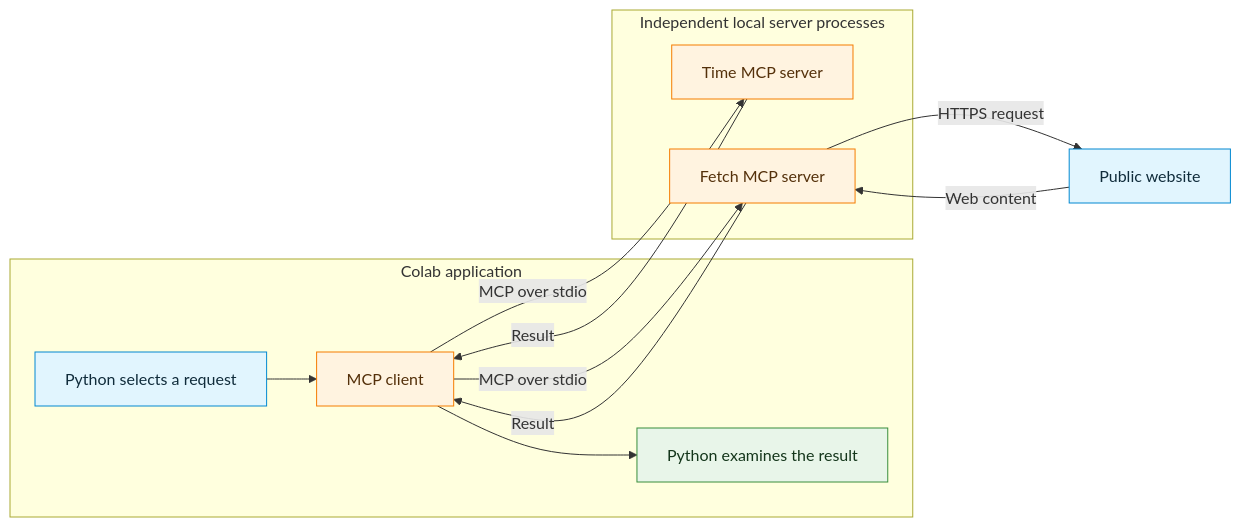
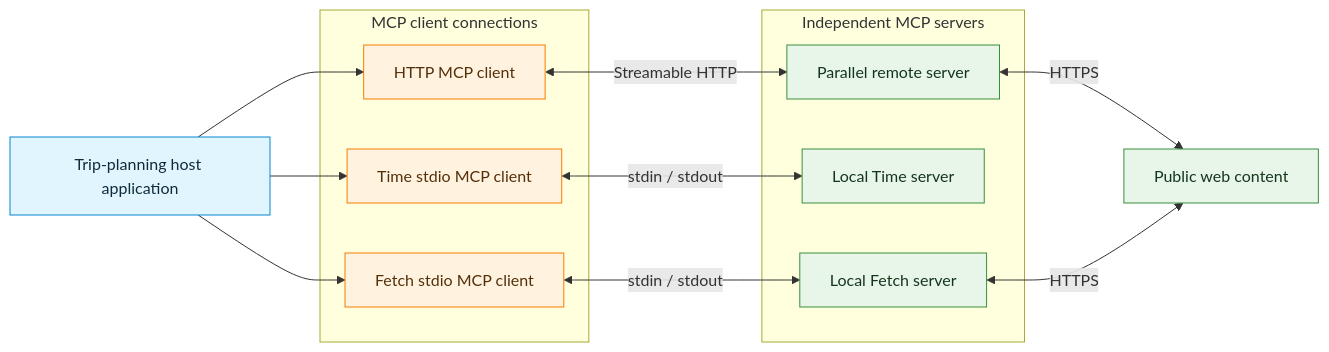
The fifth of 11 diagrams in material/activity1.md (AI-Learning-Repo/Neural-Network-Project), drawn with Mermaid before and after one commit. The commit also changed other lines of this file and 2 other files, not shown here.

````diff
--- a/material/activity1.md
+++ b/material/activity1.md
@@ -55,26 +619,29 @@
 ```mermaid
 flowchart LR
-    subgraph App["Colab application"]
-        p["Python selects a request"]
-        c["MCP client"]
-        r["Python examines the result"]
-        p --> c
-        c --> r
+    app["Trip-planning host application"]
+    subgraph connections["MCP client connections"]
+        ch["HTTP MCP client"]
+        ct["Time stdio MCP client"]
+        cf["Fetch stdio MCP client"]
     end
-    subgraph Servers["Independent local server processes"]
-        t["Time MCP server"]
-        f["Fetch MCP server"]
+    subgraph services["Independent MCP servers"]
+        h["Parallel remote server"]
+        t["Local Time server"]
+        f["Local Fetch server"]
     end
-    c -->|"MCP over stdio"| t
-    t -->|"Result"| c
-    c -->|"MCP over stdio"| f
-    f -->|"Result"| c
-    f -->|"HTTPS request"| w["Public website"]
-    w -->|"Web content"| f
-    classDef input fill:#e1f5fe,stroke:#0288d1,color:#102c3b;
-    classDef process fill:#fff3e0,stroke:#f57c00,color:#54300a;
-    classDef output fill:#e8f5e9,stroke:#388e3c,color:#14361b;
-    class p,w input;
-    class c,t,f process;
-    class r output;
+    web["Public web content"]
+    app --> ch
+    app --> ct
+    app --> cf
+    ch <-->|"Streamable HTTP"| h
+    ct <-->|"stdin / stdout"| t
+    cf <-->|"stdin / stdout"| f
+    h <-->|"HTTPS"| web
+    f <-->|"HTTPS"| web
+    classDef host fill:#e1f5fe,stroke:#0288d1,color:#102c3b
+    classDef client fill:#fff3e0,stroke:#f57c00,color:#54300a
+    classDef server fill:#e8f5e9,stroke:#388e3c,color:#14361b
+    class app host
+    class ch,ct,cf client
+    class h,t,f,web server
 ```
````
